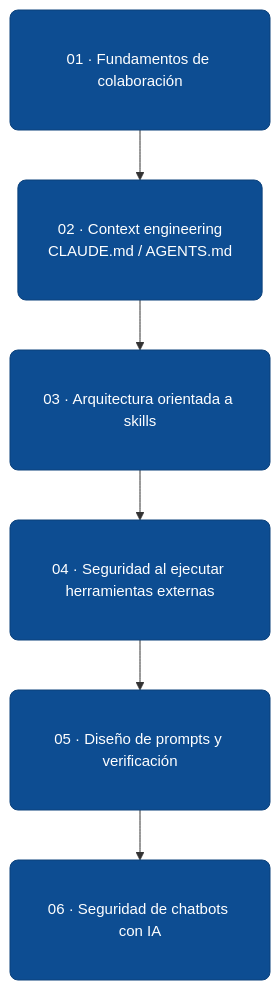
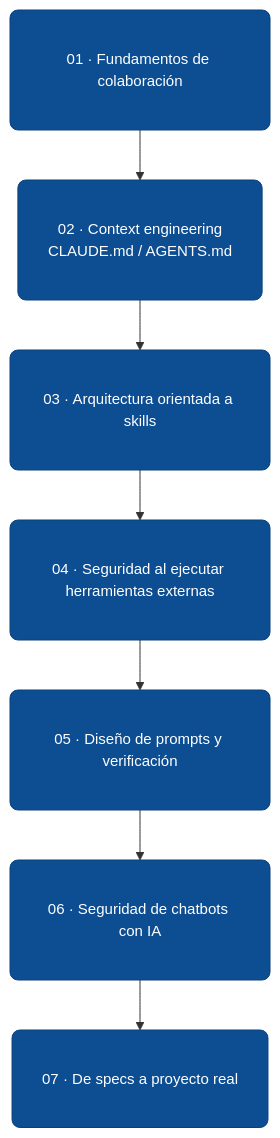
One commit to 10xGuatemala/bootcamp changed the diagram in docs/colaboracion-con-agentes-ia/index.md. Above: the diagram before and after it, drawn with Mermaid. The commit also changed other lines of this file and 29 other files, not shown here.

````diff
--- a/docs/colaboracion-con-agentes-ia/index.md
+++ b/docs/colaboracion-con-agentes-ia/index.md
@@ -46,12 +46,13 @@
 ```mermaid
 flowchart TB
     M1[01 · Fundamentos de colaboración]
     M2[02 · Context engineering<br/>CLAUDE.md / AGENTS.md]
     M3[03 · Arquitectura orientada a skills]
     M4[04 · Seguridad al ejecutar herramientas externas]
     M5[05 · Diseño de prompts y verificación]
     M6[06 · Seguridad de chatbots con IA]
-    M1 --> M2 --> M3 --> M4 --> M5 --> M6
+    M7[07 · De specs a proyecto real]
+    M1 --> M2 --> M3 --> M4 --> M5 --> M6 --> M7
     classDef step fill:#0d4d92,color:#fff,stroke:#0b417b,stroke-width:1px,rx:8,ry:8,font-size:15px,padding:10px
-    class M1,M2,M3,M4,M5,M6 step
+    class M1,M2,M3,M4,M5,M6,M7 step
 ```
````
